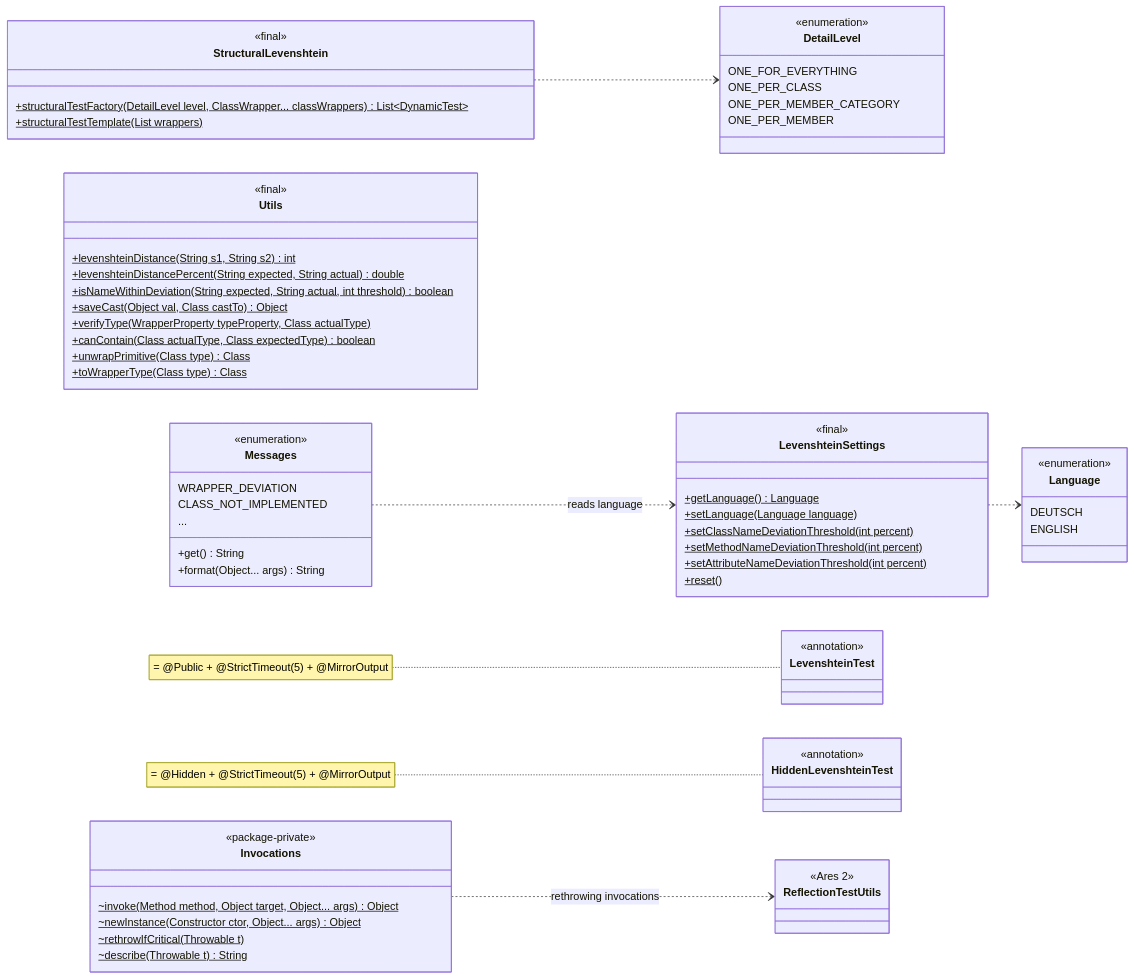
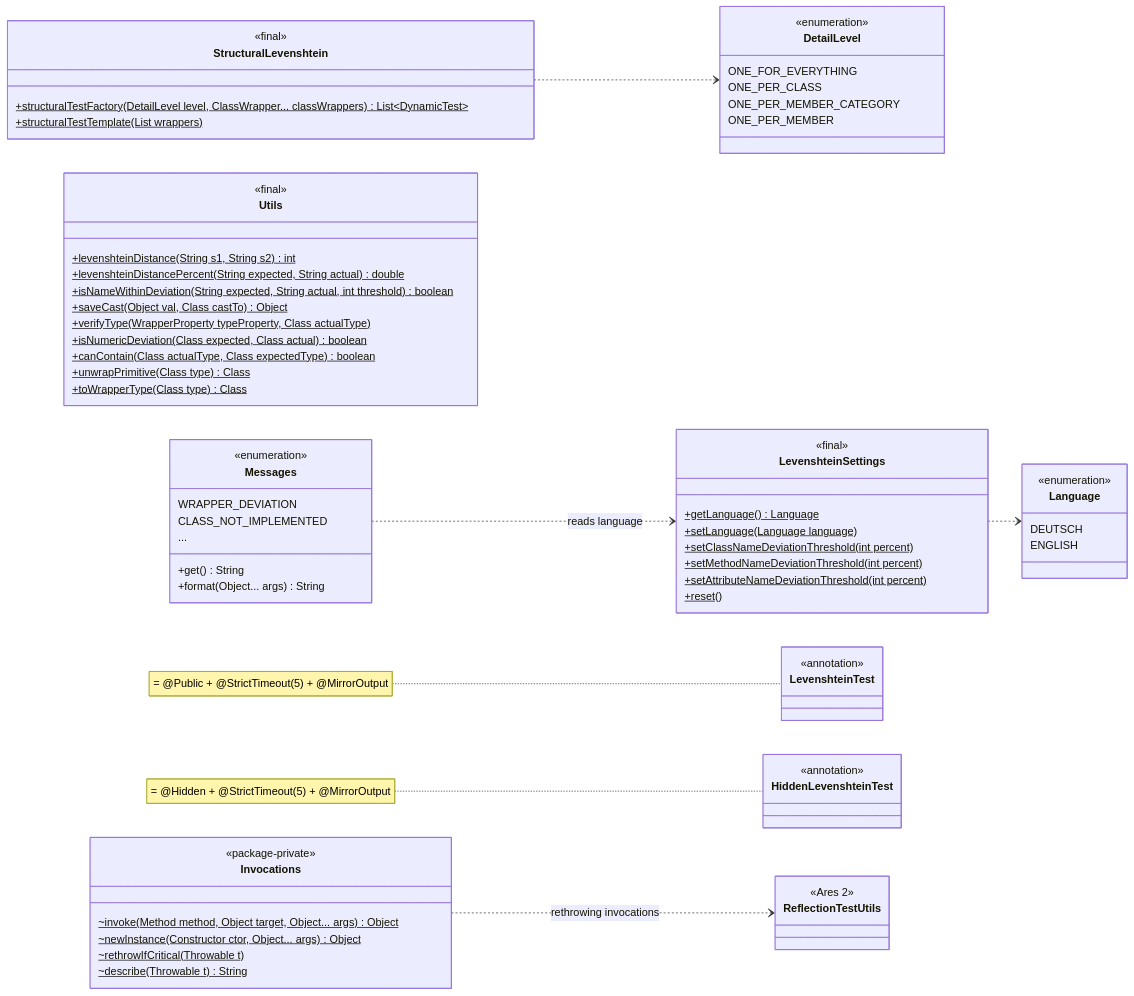
Before and after one commit to ValentinHerrmann/Levenshtein-Testing-Framework: the third of 4 diagrams in docs/architecture.md, drawn with Mermaid. The commit also changed 7 other files, not shown here.

````diff
--- a/docs/architecture.md
+++ b/docs/architecture.md
@@ -208,73 +208,74 @@
 ```mermaid
 classDiagram
     direction LR
     class StructuralLevenshtein {
         <<final>>
         +structuralTestFactory(DetailLevel level, ClassWrapper... classWrappers)$ List~DynamicTest~
         +structuralTestTemplate(List wrappers)$
     }
     class DetailLevel {
         <<enumeration>>
         ONE_FOR_EVERYTHING
         ONE_PER_CLASS
         ONE_PER_MEMBER_CATEGORY
         ONE_PER_MEMBER
     }
     class Utils {
         <<final>>
         +levenshteinDistance(String s1, String s2)$ int
         +levenshteinDistancePercent(String expected, String actual)$ double
         +isNameWithinDeviation(String expected, String actual, int threshold)$ boolean
         +saveCast(Object val, Class castTo)$ Object
         +verifyType(WrapperProperty typeProperty, Class actualType)$
+        +isNumericDeviation(Class expected, Class actual)$ boolean
         +canContain(Class actualType, Class expectedType)$ boolean
         +unwrapPrimitive(Class type)$ Class
         +toWrapperType(Class type)$ Class
     }
     class LevenshteinSettings {
         <<final>>
         +getLanguage()$ Language
         +setLanguage(Language language)$
         +setClassNameDeviationThreshold(int percent)$
         +setMethodNameDeviationThreshold(int percent)$
         +setAttributeNameDeviationThreshold(int percent)$
         +reset()$
     }
     class Language {
         <<enumeration>>
         DEUTSCH
         ENGLISH
     }
     class Messages {
         <<enumeration>>
         WRAPPER_DEVIATION
         CLASS_NOT_IMPLEMENTED
         ...
         +get() String
         +format(Object... args) String
     }
     class Invocations {
         <<package-private>>
         ~invoke(Method method, Object target, Object... args)$ Object
         ~newInstance(Constructor ctor, Object... args)$ Object
         ~rethrowIfCritical(Throwable t)$
         ~describe(Throwable t)$ String
     }
     class LevenshteinTest {
         <<annotation>>
     }
     class HiddenLevenshteinTest {
         <<annotation>>
     }
     class ReflectionTestUtils {
         <<Ares 2>>
     }
 
     StructuralLevenshtein ..> DetailLevel
     LevenshteinSettings ..> Language
     Messages ..> LevenshteinSettings : reads language
     Invocations ..> ReflectionTestUtils : rethrowing invocations
 
     note for LevenshteinTest "= @Public + @StrictTimeout(5) + @MirrorOutput"
     note for HiddenLevenshteinTest "= @Hidden + @StrictTimeout(5) + @MirrorOutput"
 ```
````
